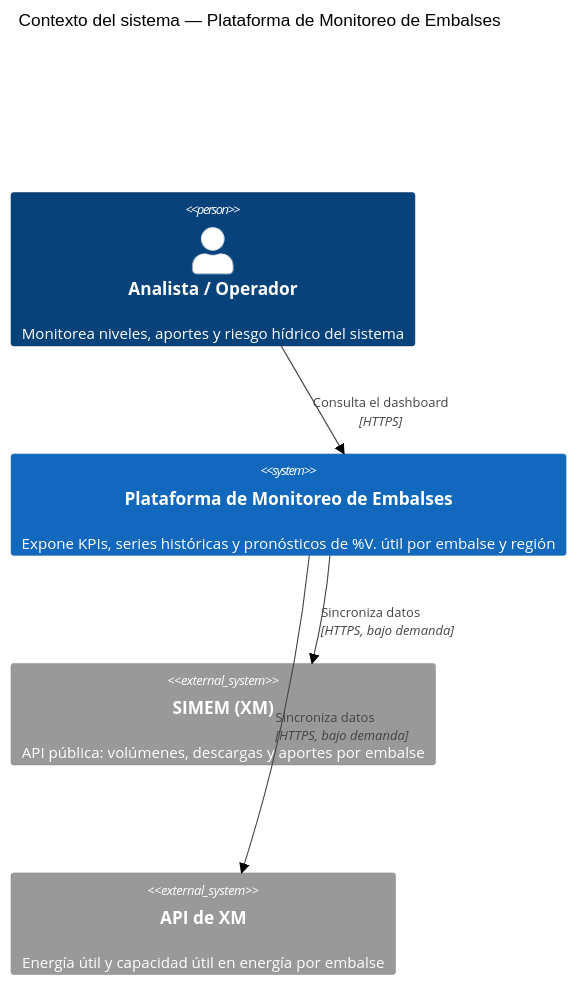
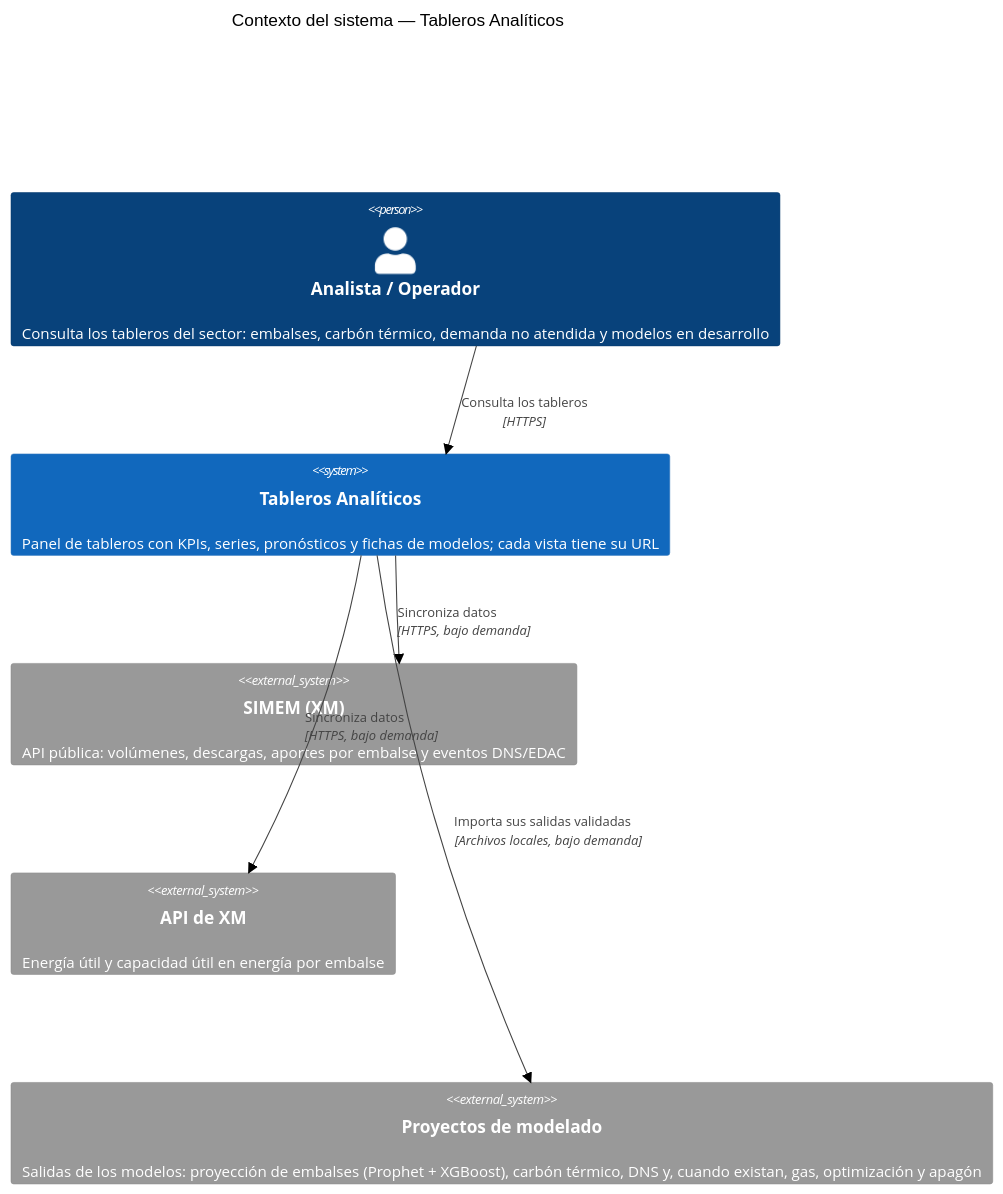
Before and after one commit to alerogoz85/plataforma-embalses: the first of 3 diagrams in README.md, drawn with Mermaid (forest theme). The commit also changed other lines of this file and 1 other file, not shown here.

Commit message:
README: marca «Tableros Analíticos», diagramas C4 y README del frontend al día (#27)

````diff
--- a/README.md
+++ b/README.md
@@ -82,13 +83,15 @@
 ```mermaid
 C4Context
-    title Contexto del sistema — Plataforma de Monitoreo de Embalses
+    title Contexto del sistema — Tableros Analíticos
 
-    Person(analista, "Analista / Operador", "Monitorea niveles, aportes y riesgo hídrico del sistema")
-    System(plataforma, "Plataforma de Monitoreo de Embalses", "Expone KPIs, series históricas y pronósticos de %V. útil por embalse y región")
-    System_Ext(simem, "SIMEM (XM)", "API pública: volúmenes, descargas y aportes por embalse")
+    Person(analista, "Analista / Operador", "Consulta los tableros del sector: embalses, carbón térmico, demanda no atendida y modelos en desarrollo")
+    System(plataforma, "Tableros Analíticos", "Panel de tableros con KPIs, series, pronósticos y fichas de modelos; cada vista tiene su URL")
+    System_Ext(simem, "SIMEM (XM)", "API pública: volúmenes, descargas, aportes por embalse y eventos DNS/EDAC")
     System_Ext(xm, "API de XM", "Energía útil y capacidad útil en energía por embalse")
+    System_Ext(modelos, "Proyectos de modelado", "Salidas de los modelos: proyección de embalses (Prophet + XGBoost), carbón térmico, DNS y, cuando existan, gas, optimización y apagón")
 
-    Rel(analista, plataforma, "Consulta el dashboard", "HTTPS")
+    Rel(analista, plataforma, "Consulta los tableros", "HTTPS")
     Rel(plataforma, simem, "Sincroniza datos", "HTTPS, bajo demanda")
     Rel(plataforma, xm, "Sincroniza datos", "HTTPS, bajo demanda")
+    Rel(plataforma, modelos, "Importa sus salidas validadas", "Archivos locales, bajo demanda")
 ```
````
